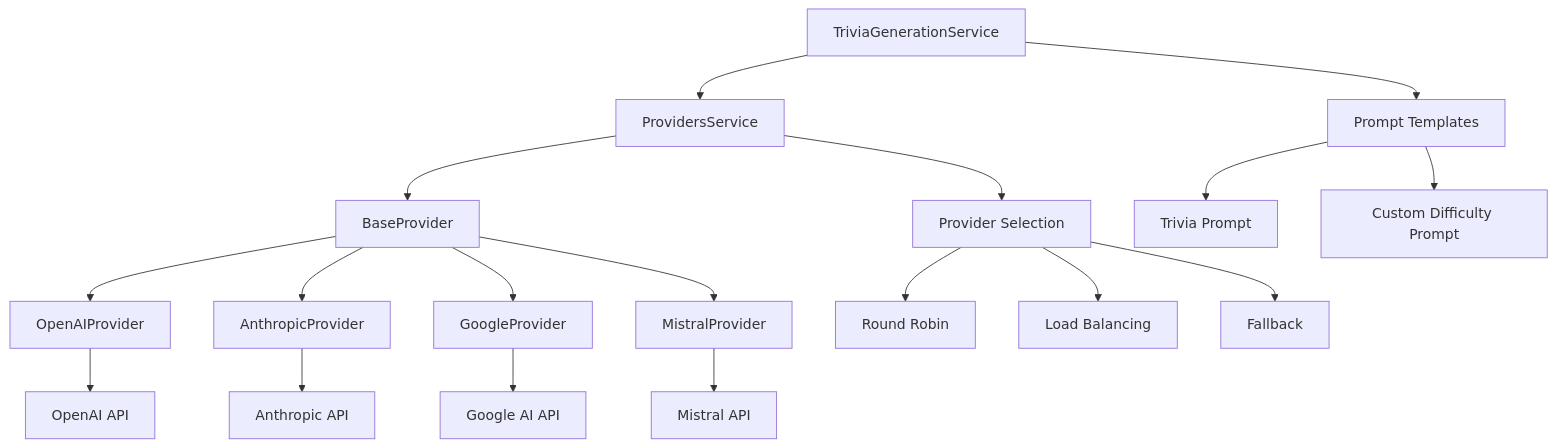
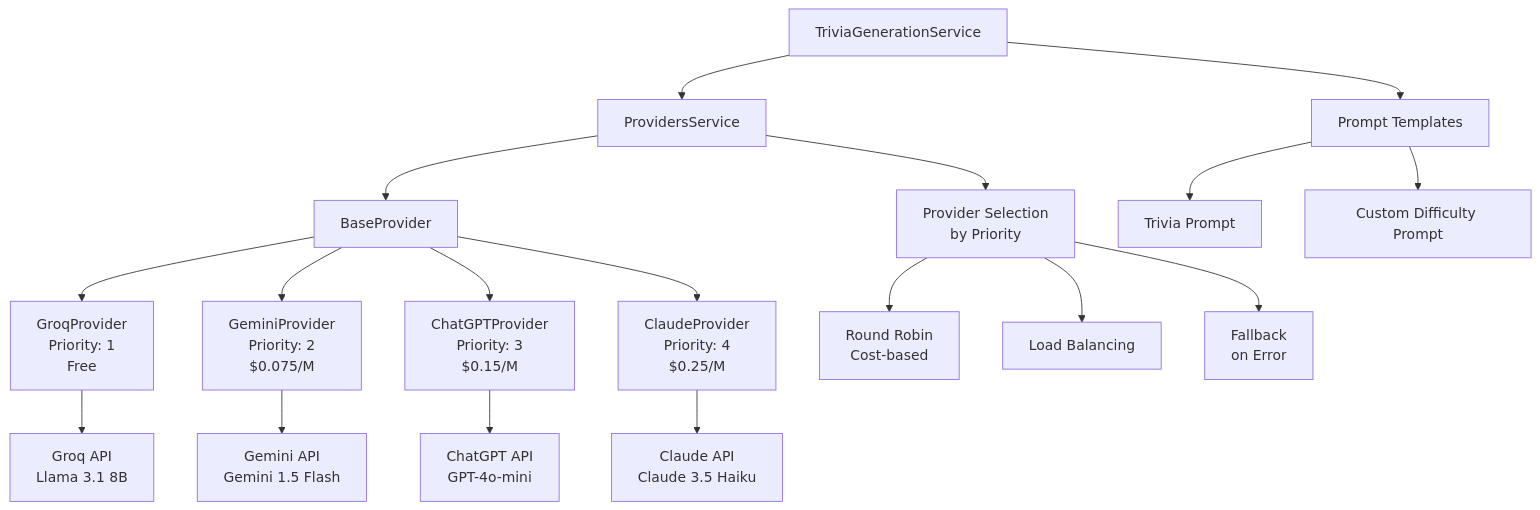
Before and after one commit to IsraelRub/EveryTriv: diagram 12 of 28 in docs/DIAGRAMS.md, drawn with Mermaid. The commit also changed other lines of this file and 600 other files, not shown here.

````diff
--- a/docs/DIAGRAMS.md
+++ b/docs/DIAGRAMS.md
@@ -872,23 +906,23 @@
 ```mermaid
 graph TB
     A[TriviaGenerationService] --> B[ProvidersService]
     B --> C[BaseProvider]
-    C --> D[OpenAIProvider]
-    C --> E[AnthropicProvider]
-    C --> F[GoogleProvider]
-    C --> G[MistralProvider]
+    C --> D[GroqProvider<br/>Priority: 1<br/>Free]
+    C --> E[GeminiProvider<br/>Priority: 2<br/>$0.075/M]
+    C --> F[ChatGPTProvider<br/>Priority: 3<br/>$0.15/M]
+    C --> G[ClaudeProvider<br/>Priority: 4<br/>$0.25/M]
     
-    B --> H[Provider Selection]
-    H --> I[Round Robin]
+    B --> H[Provider Selection<br/>by Priority]
+    H --> I[Round Robin<br/>Cost-based]
     H --> J[Load Balancing]
-    H --> K[Fallback]
+    H --> K[Fallback<br/>on Error]
     
-    D --> L[OpenAI API]
-    E --> M[Anthropic API]
-    F --> N[Google AI API]
-    G --> O[Mistral API]
+    D --> L[Groq API<br/>Llama 3.1 8B]
+    E --> M[Gemini API<br/>Gemini 1.5 Flash]
+    F --> N[ChatGPT API<br/>GPT-4o-mini]
+    G --> O[Claude API<br/>Claude 3.5 Haiku]
     
     A --> P[Prompt Templates]
     P --> Q[Trivia Prompt]
     P --> R[Custom Difficulty Prompt]
 ```
````
